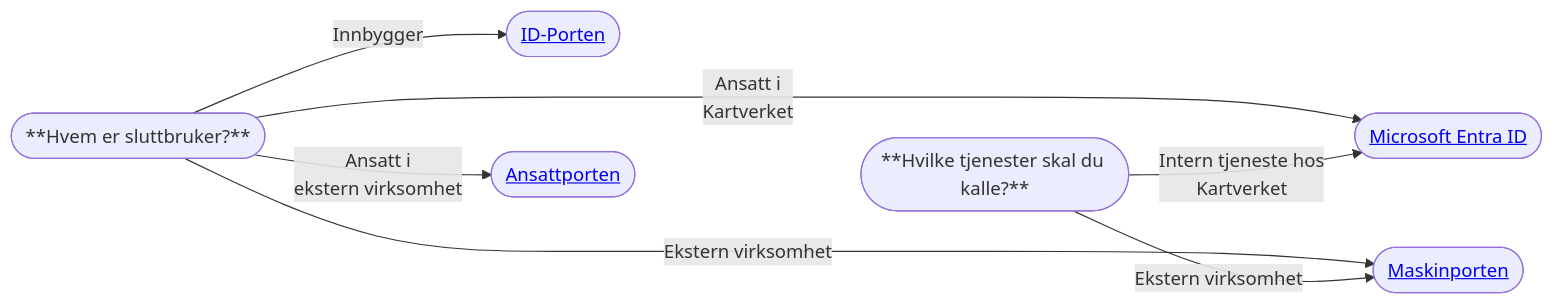
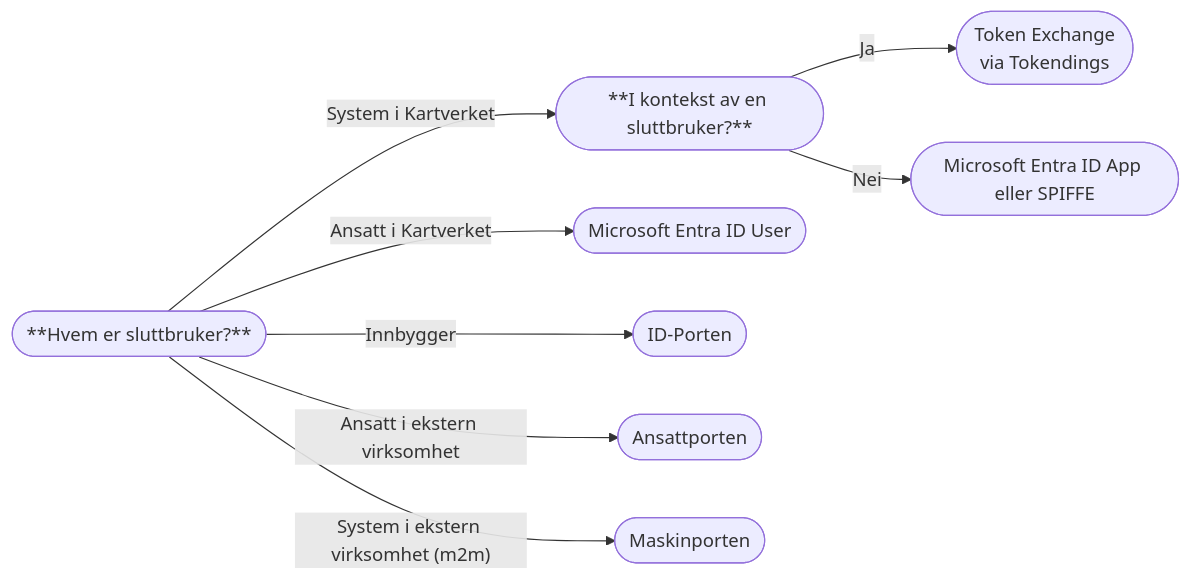
One commit to kartverket/skip.kartverket.no changed the first of 2 diagrams in docs/03-applikasjon-utrulling/04-tilgangsstyring/01-valg-av-identitetstilbyder/index.mdx. Above: the diagram before and after it, drawn with Mermaid. The commit also changed other lines of this file and 1 other file, not shown here.

First line of the commit message:
Separate identityprovider mermaid diagram for provider and consumer

````diff
--- a/docs/03-applikasjon-utrulling/04-tilgangsstyring/01-valg-av-identitetstilbyder/index.mdx
+++ b/docs/03-applikasjon-utrulling/04-tilgangsstyring/01-valg-av-identitetstilbyder/index.mdx
@@ -10,16 +16,14 @@
 ```mermaid
 flowchart LR;
   konsument([**Hvem er sluttbruker?**]);
+  flyt([**I kontekst av en sluttbruker?**]);
 
-  konsument -- "Innbygger" --> id-porten([<a href="klientregistrering/id-porten">ID-Porten</a>]);
-  konsument -- "Ansatt i <br>ekstern virksomhet" --> ansattporten([<a href="klientregistrering/ansattporten">Ansattporten</a>]);
-  konsument -- "Ansatt i <br>Kartverket" --> entra-id([<a href="klientregistrering/entra-id">Microsoft Entra ID</a>]);
-  konsument -- "Ekstern virksomhet" --> maskinporten([<a href="klientregistrering/maskinporten">Maskinporten</a>]);
+  konsument -- "System i Kartverket" --> flyt;
+  flyt -- "Ja" --> tokendings([Token Exchange<br>via Tokendings]);
+  flyt -- "Nei" --> entra-id-app([Microsoft Entra ID App eller SPIFFE]);
+  konsument -- "Ansatt i Kartverket" --> entra-id-user([Microsoft Entra ID User]);
+  konsument -- "Innbygger" --> id-porten([ID-Porten]);
+  konsument -- "Ansatt i ekstern virksomhet" --> ansattporten([Ansattporten]);
+  konsument -- "System i ekstern virksomhet (m2m)" --> maskinporten([Maskinporten]);
 
-  ansattporten ~~~ tilbyder
-
-  tilbyder([**Hvilke tjenester skal du kalle?**]);
-
-  tilbyder -- "Intern tjeneste hos <br>Kartverket" --> entra-id([<a href="klientregistrering/entra-id">Microsoft Entra ID</a>]);
-  tilbyder -- "Ekstern virksomhet" --> maskinporten([<a href="klientregistrering/maskinporten">Maskinporten</a>]);
 ```
````
